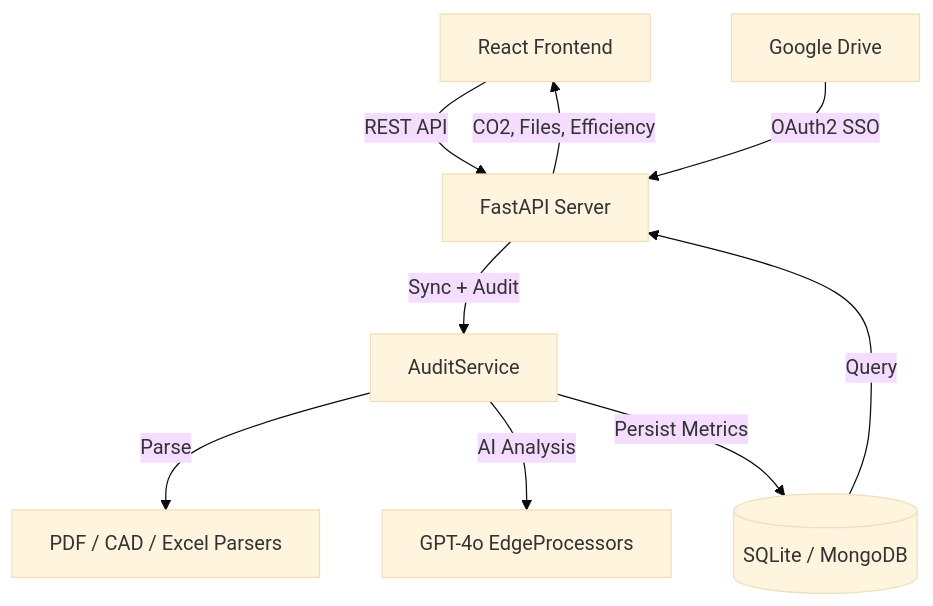
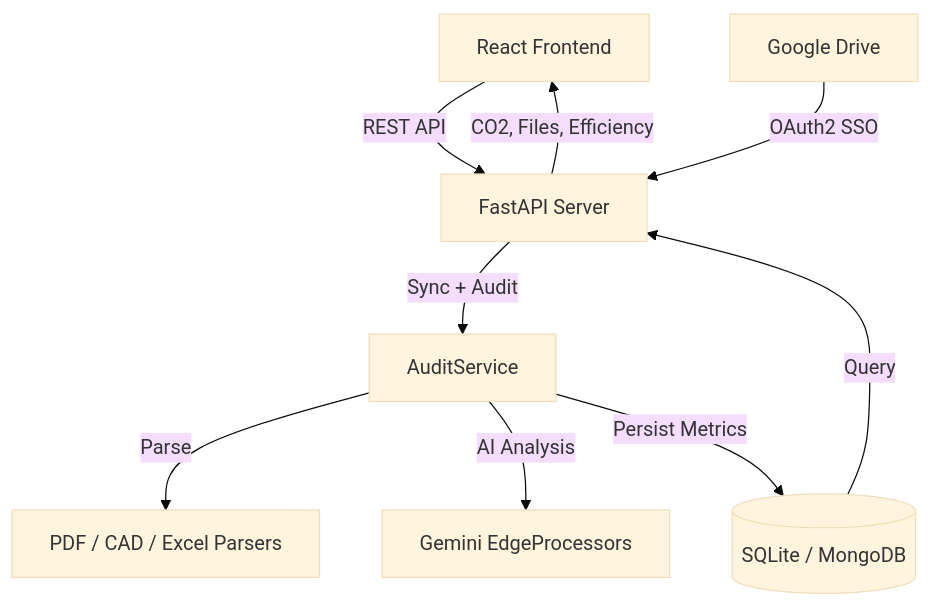
One commit to gproatechnology/GProA_Edge changed the first of 2 diagrams in README.md. Above: the diagram before and after it, drawn with Mermaid (base theme). The commit also changed other lines of this file and 34 other files, not shown here.

````diff
--- a/README.md
+++ b/README.md
@@ -41,11 +41,11 @@
 ```mermaid
 graph TB
     FE[React Frontend] -->|REST API| API[FastAPI Server]
     GD[Google Drive] -->|OAuth2 SSO| API
     API -->|Sync + Audit| AS[AuditService]
     AS -->|Parse| PA[PDF / CAD / Excel Parsers]
-    AS -->|AI Analysis| LLM[GPT-4o EdgeProcessors]
+    AS -->|AI Analysis| LLM[Gemini EdgeProcessors]
     AS -->|Persist Metrics| DB[(SQLite / MongoDB)]
     DB -->|Query| API
     API -->|CO2, Files, Efficiency| FE
 ```
````
